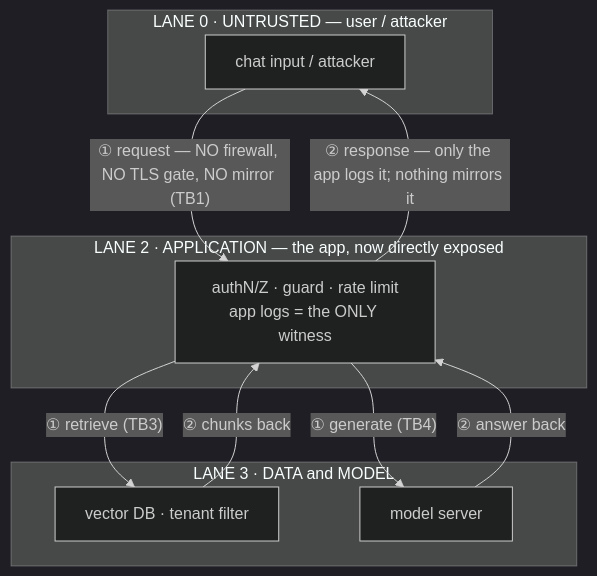
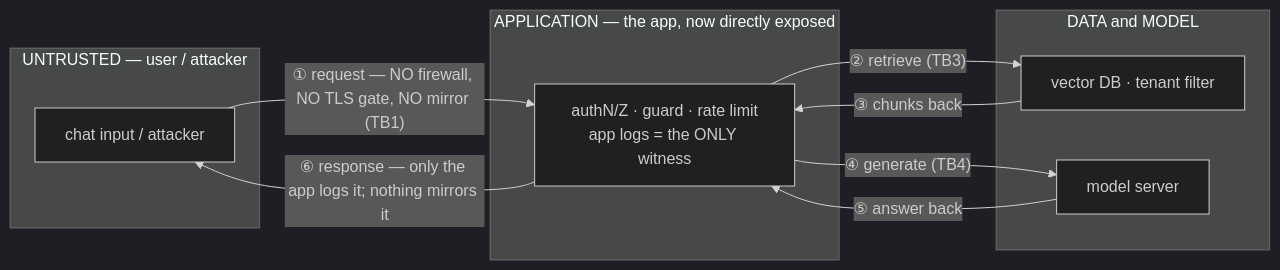
The sixth of 11 diagrams in lab-journal/rag-and-ai-probe.md (ryayres-fox/Security), drawn with Mermaid (dark theme) before and after one commit. The commit also changed other lines of this file and 1 other file, not shown here.

First line of the commit message:
lab-journal: one numbering rule in every diagram, and every flowchart reads left to right

````diff
--- a/lab-journal/rag-and-ai-probe.md
+++ b/lab-journal/rag-and-ai-probe.md
@@ -295,19 +296,19 @@
 ```mermaid
-graph TB
-  subgraph Z0["LANE 0 · UNTRUSTED — user / attacker"]
+graph LR
+  subgraph Z0["UNTRUSTED — user / attacker"]
     IN["chat input / attacker"]
   end
-  subgraph Z2["LANE 2 · APPLICATION — the app, now directly exposed"]
+  subgraph Z2["APPLICATION — the app, now directly exposed"]
     APP["authN/Z · guard · rate limit<br/>app logs = the ONLY witness"]
   end
-  subgraph Z3["LANE 3 · DATA and MODEL"]
+  subgraph Z3["DATA and MODEL"]
     QD["vector DB · tenant filter"]
     ML["model server"]
   end
   IN -->|"① request — NO firewall, NO TLS gate, NO mirror (TB1)"| APP
-  APP -->|"① retrieve (TB3)"| QD
-  QD -->|"② chunks back"| APP
-  APP -->|"① generate (TB4)"| ML
-  ML -->|"② answer back"| APP
-  APP -->|"② response — only the app logs it; nothing mirrors it"| IN
+  APP -->|"② retrieve (TB3)"| QD
+  QD -->|"③ chunks back"| APP
+  APP -->|"④ generate (TB4)"| ML
+  ML -->|"⑤ answer back"| APP
+  APP -->|"⑥ response — only the app logs it; nothing mirrors it"| IN
 ```
````
